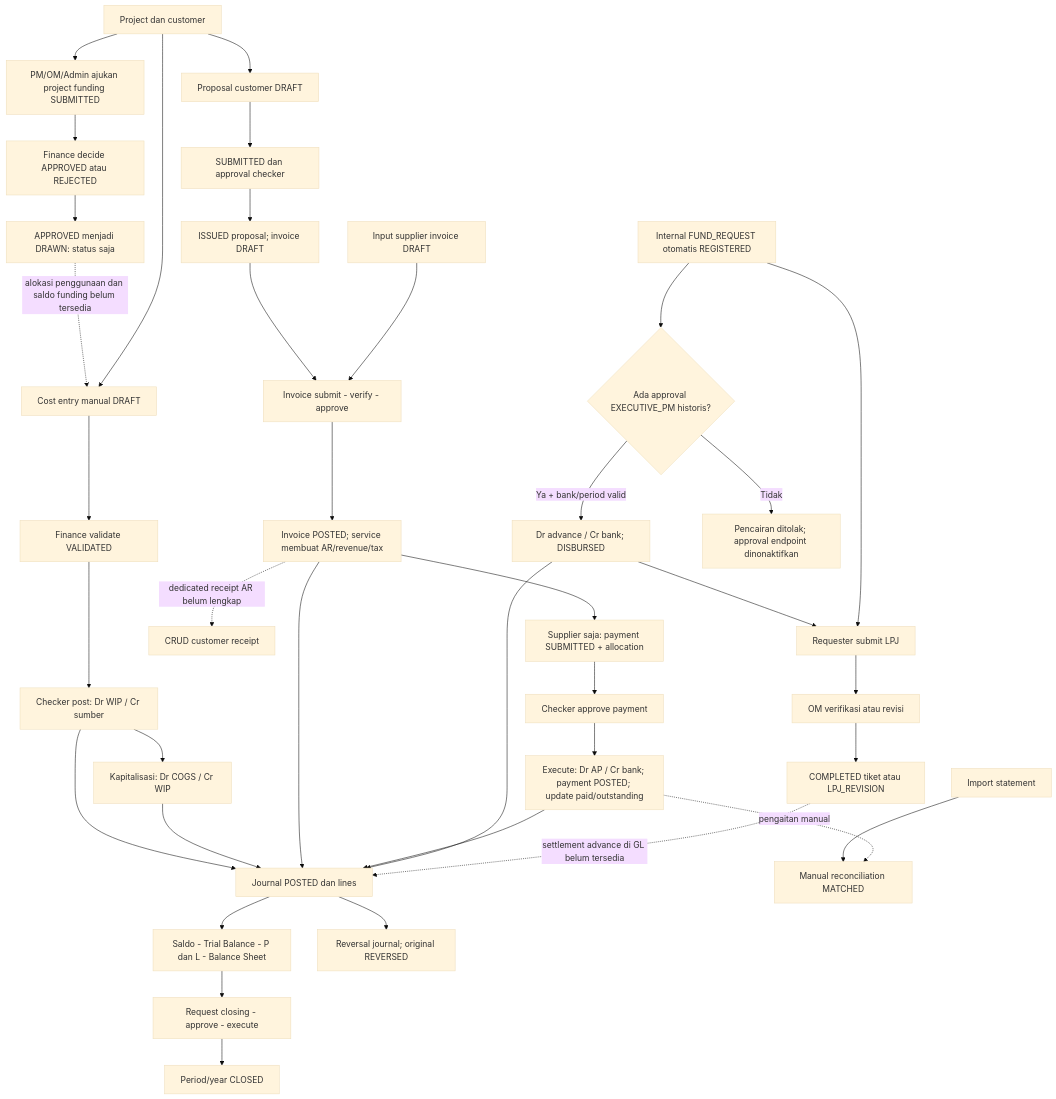
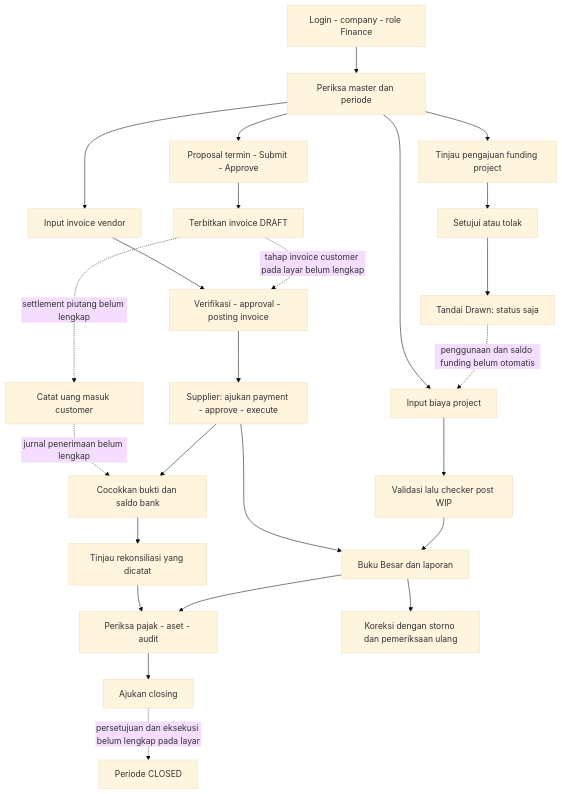
The diagram in docs/finance/finance-flow.md (kalunatechnology/ERP_NO_NAME_YET), drawn with Mermaid (base theme) before and after one commit. The commit also changed other lines of this file and 12 other files, not shown here.

Commit message:
saya ada penyesuain dan update sendiri

````diff
--- a/docs/finance/finance-flow.md
+++ b/docs/finance/finance-flow.md
@@ -332,40 +321,27 @@
 ```mermaid
 flowchart TD
-  Project[Project dan customer] --> Funding[PM/OM/Admin ajukan project funding SUBMITTED]
-  Funding --> Decision[Finance decide APPROVED atau REJECTED]
-  Decision --> Draw[APPROVED menjadi DRAWN: status saja]
-  Draw -. alokasi penggunaan dan saldo funding belum tersedia .-> Cost[Cost entry manual DRAFT]
-  Project --> Cost
-  Cost --> Valid[Finance validate VALIDATED]
-  Valid --> WIP[Checker post: Dr WIP / Cr sumber]
-  WIP --> COGS[Kapitalisasi: Dr COGS / Cr WIP]
-  Project --> Proposal[Proposal customer DRAFT]
-  Proposal --> Submit[SUBMITTED dan approval checker]
-  Submit --> Issue[ISSUED proposal; invoice DRAFT]
-  Issue --> Verify[Invoice submit - verify - approve]
-  Supplier[Input supplier invoice DRAFT] --> Verify
-  Verify --> Invoice[Invoice POSTED; service membuat AR/revenue/tax]
-  Invoice --> AP[Supplier saja: payment SUBMITTED + allocation]
-  AP --> Approved[Checker approve payment]
-  Approved --> Paid[Execute: Dr AP / Cr bank; payment POSTED; update paid/outstanding]
-  Invoice -. dedicated receipt AR belum lengkap .-> Receipt[CRUD customer receipt]
-  WIP --> GL[Journal POSTED dan lines]
-  COGS --> GL
-  Invoice --> GL
-  Paid --> GL
-  GL --> Reports[Saldo - Trial Balance - P dan L - Balance Sheet]
-  Bank[Import statement] --> Match[Manual reconciliation MATCHED]
-  Paid -. pengaitan manual .-> Match
-  Reports --> Closing[Request closing - approve - execute]
-  Closing --> Closed[Period/year CLOSED]
-  GL --> Reverse[Reversal journal; original REVERSED]
-  Request[Internal FUND_REQUEST otomatis REGISTERED] --> Guard{Ada approval EXECUTIVE_PM historis?}
-  Guard -->|Ya + bank/period valid| Advance[Dr advance / Cr bank; DISBURSED]
-  Guard -->|Tidak| Block[Pencairan ditolak; approval endpoint dinonaktifkan]
-  Advance --> LPJ[Requester submit LPJ]
-  Request --> LPJ
-  LPJ --> OM[OM verifikasi atau revisi]
-  OM --> Ticket[COMPLETED tiket atau LPJ_REVISION]
-  Advance --> GL
-  Ticket -. settlement advance di GL belum tersedia .-> GL
+  Login[Login - company - role Finance] --> Master[Periksa master dan periode]
+  Master --> Funding[Tinjau pengajuan funding project]
+  Funding --> Decision[Setujui atau tolak]
+  Decision --> Draw[Tandai Drawn: status saja]
+  Draw -. penggunaan dan saldo funding belum otomatis .-> Cost[Input biaya project]
+  Master --> Cost
+  Cost --> Validate[Validasi lalu checker post WIP]
+  Validate --> Books[Buku Besar dan laporan]
+  Master --> Billing[Proposal termin - Submit - Approve]
+  Billing --> Issued[Terbitkan invoice DRAFT]
+  Issued -. tahap invoice customer pada layar belum lengkap .-> Invoice[Verifikasi - approval - posting invoice]
+  Master --> Vendor[Input invoice vendor]
+  Vendor --> Invoice
+  Invoice --> Pay[Supplier: ajukan payment - approve - execute]
+  Pay --> Books
+  Issued -. settlement piutang belum lengkap .-> Receipt[Catat uang masuk customer]
+  Pay --> Bank[Cocokkan bukti dan saldo bank]
+  Receipt -. jurnal penerimaan belum lengkap .-> Bank
+  Bank --> Recon[Tinjau rekonsiliasi yang dicatat]
+  Books --> Admin[Periksa pajak - aset - audit]
+  Recon --> Admin
+  Admin --> Closing[Ajukan closing]
+  Closing -. persetujuan dan eksekusi belum lengkap pada layar .-> Closed[Periode CLOSED]
+  Books --> Storno[Koreksi dengan storno dan pemeriksaan ulang]
 ```
````
